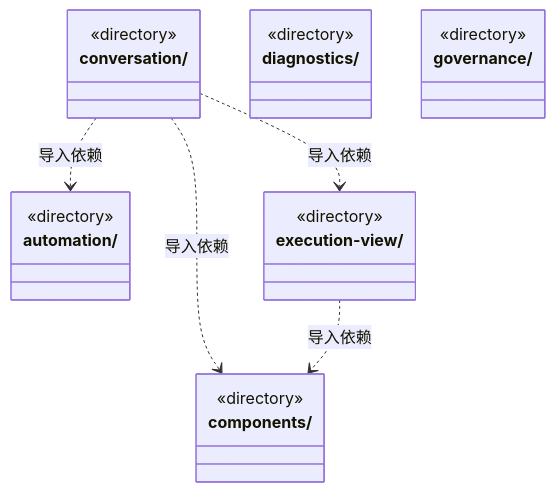
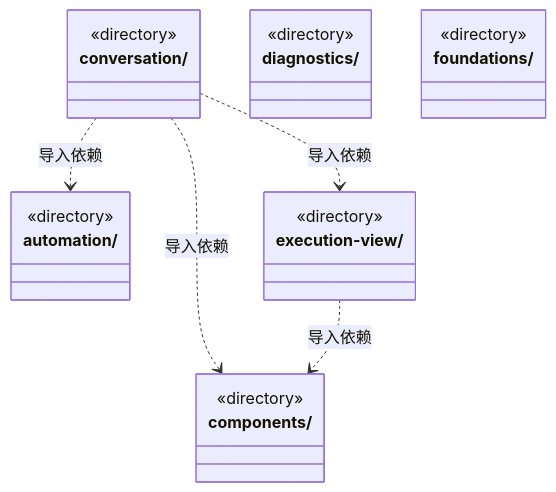
Before and after one commit to nan023062/cbim: the first of 3 diagrams in src/frontend/ARCHITECTURE.md, drawn with Mermaid. The commit also changed other lines of this file and 33 other files, not shown here.

````diff
--- a/src/frontend/ARCHITECTURE.md
+++ b/src/frontend/ARCHITECTURE.md
@@ -17,25 +17,25 @@
 ```mermaid
 classDiagram
 class N_src_frontend_automation["automation/"] {
   <<directory>>
 }
 class N_src_frontend_components["components/"] {
   <<directory>>
 }
 class N_src_frontend_conversation["conversation/"] {
   <<directory>>
 }
 class N_src_frontend_diagnostics["diagnostics/"] {
   <<directory>>
 }
 class N_src_frontend_execution_view["execution-view/"] {
   <<directory>>
 }
-class N_src_frontend_governance["governance/"] {
+class N_src_frontend_foundations["foundations/"] {
   <<directory>>
 }
 N_src_frontend_conversation ..> N_src_frontend_components : 导入依赖
 N_src_frontend_conversation ..> N_src_frontend_automation : 导入依赖
 N_src_frontend_conversation ..> N_src_frontend_execution_view : 导入依赖
 N_src_frontend_execution_view ..> N_src_frontend_components : 导入依赖
 ```
````
